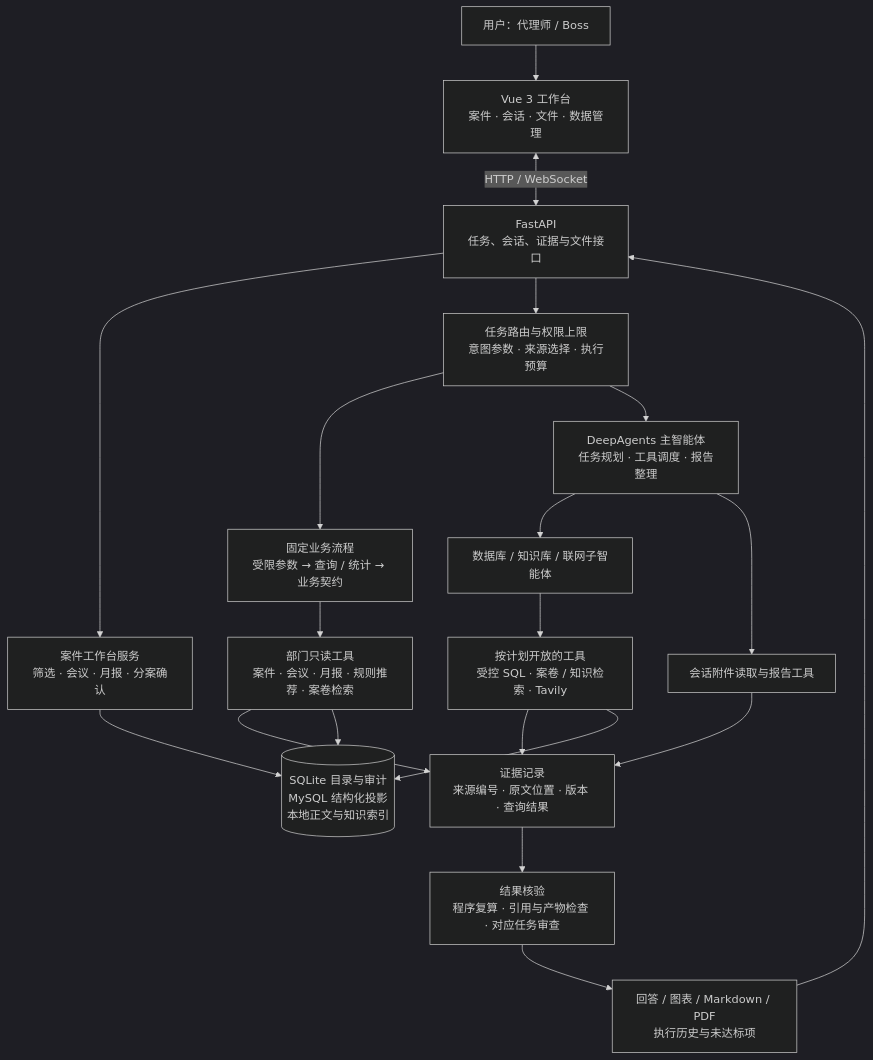
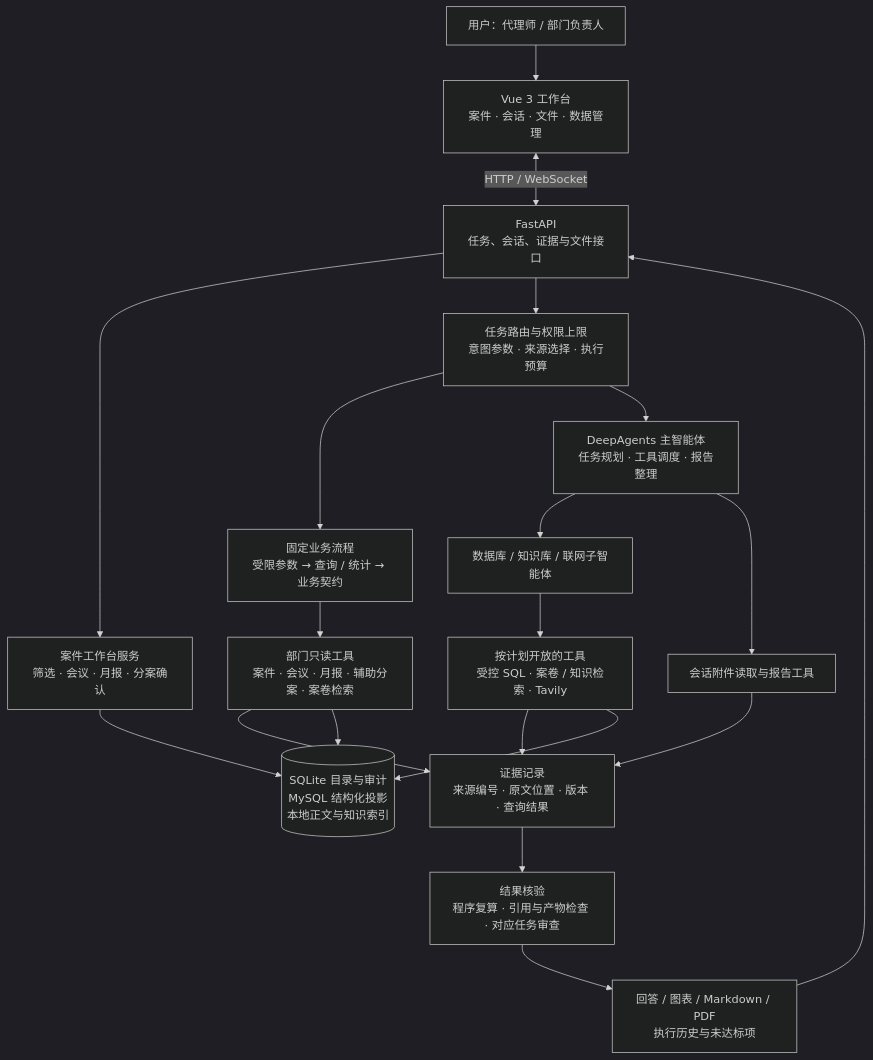
One commit to xyra17/patent-casework-assistant changed the diagram in docs/diagrams/01-system-architecture.mmd. Above: the diagram before and after it, drawn with Mermaid (dark theme). The commit also changed 5 other files, not shown here.

```diff
--- a/docs/diagrams/01-system-architecture.mmd
+++ b/docs/diagrams/01-system-architecture.mmd
@@ -1,20 +1,20 @@
 flowchart TB
-    U["用户：代理师 / Boss"] --> UI["Vue 3 工作台<br/>案件 · 会话 · 文件 · 数据管理"]
+    U["用户：代理师 / 部门负责人"] --> UI["Vue 3 工作台<br/>案件 · 会话 · 文件 · 数据管理"]
     UI <-->|"HTTP / WebSocket"| API["FastAPI<br/>任务、会话、证据与文件接口"]
     API --> CW["案件工作台服务<br/>筛选 · 会议 · 月报 · 分案确认"]
     API --> R["任务路由与权限上限<br/>意图参数 · 来源选择 · 执行预算"]
     R --> F["固定业务流程<br/>受限参数 → 查询 / 统计 → 业务契约"]
     R --> A["DeepAgents 主智能体<br/>任务规划 · 工具调度 · 报告整理"]
     A --> SUB["数据库 / 知识库 / 联网子智能体"]
     A --> FILE["会话附件读取与报告工具"]
-    F --> FT["部门只读工具<br/>案件 · 会议 · 月报 · 规则推荐 · 案卷检索"]
+    F --> FT["部门只读工具<br/>案件 · 会议 · 月报 · 辅助分案 · 案卷检索"]
     SUB --> T["按计划开放的工具<br/>受控 SQL · 案卷 / 知识检索 · Tavily"]
     FT --> E
     T --> E["证据记录<br/>来源编号 · 原文位置 · 版本 · 查询结果"]
     FILE --> E
     E --> V["结果核验<br/>程序复算 · 引用与产物检查 · 对应任务审查"]
     V --> OUT["回答 / 图表 / Markdown / PDF<br/>执行历史与未达标项"]
     OUT --> API
     CW --> DATA[("SQLite 目录与审计<br/>MySQL 结构化投影<br/>本地正文与知识索引")]
     FT --> DATA
     T --> DATA
```
